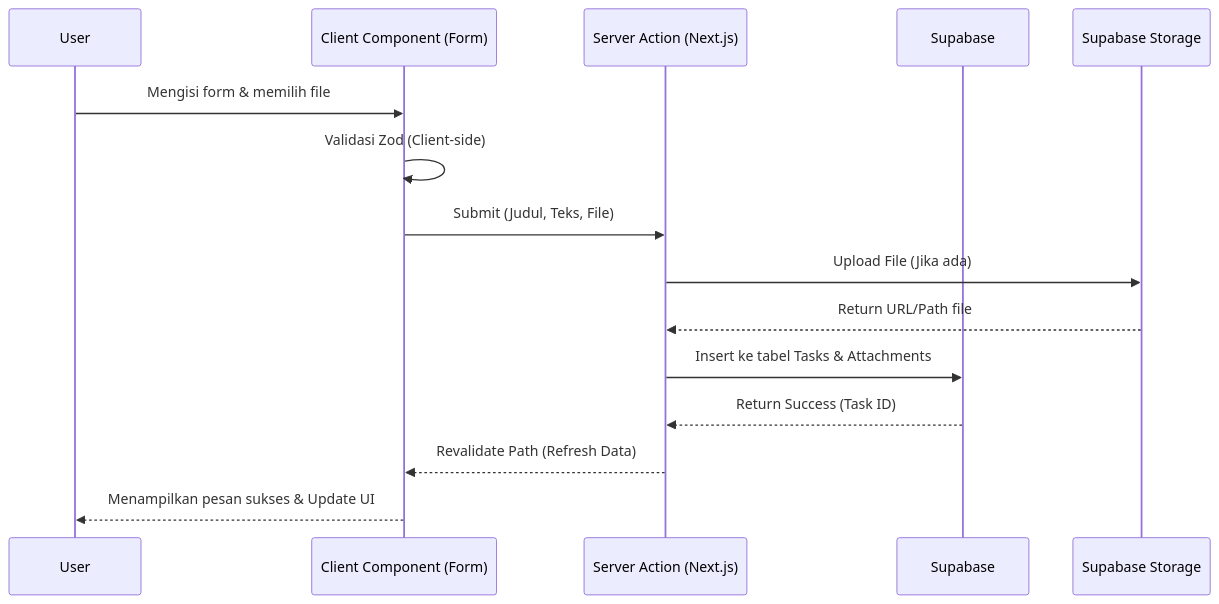
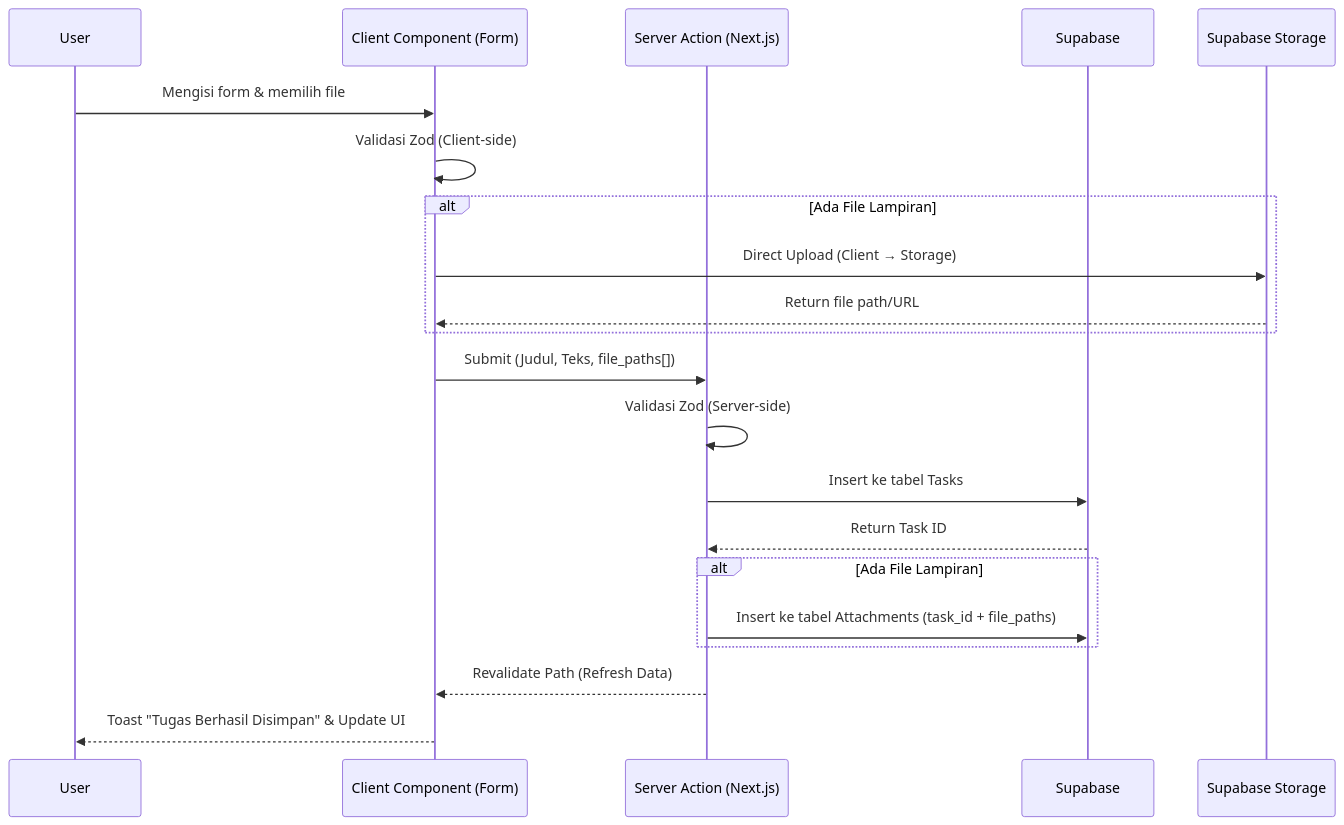
The third of 5 diagrams in Project_Documentation/Architecture.md (Iqbalpurnama-ux/Sistem-Manajemen-Tugas), drawn with Mermaid before and after one commit. The commit also changed other lines of this file and 43 other files, not shown here.

````diff
--- a/Project_Documentation/Architecture.md
+++ b/Project_Documentation/Architecture.md
@@ -38,18 +127,28 @@
 ```mermaid
 sequenceDiagram
     participant U as User
     participant CC as Client Component (Form)
     participant SA as Server Action (Next.js)
     participant SB as Supabase
     participant Storage as Supabase Storage
 
     U->>CC: Mengisi form & memilih file
     CC->>CC: Validasi Zod (Client-side)
-    CC->>SA: Submit (Judul, Teks, File)
-    SA->>Storage: Upload File (Jika ada)
-    Storage-->>SA: Return URL/Path file
-    SA->>SB: Insert ke tabel Tasks & Attachments
-    SB-->>SA: Return Success (Task ID)
+    
+    alt Ada File Lampiran
+        CC->>Storage: Direct Upload (Client → Storage)
+        Storage-->>CC: Return file path/URL
+    end
+    
+    CC->>SA: Submit (Judul, Teks, file_paths[])
+    SA->>SA: Validasi Zod (Server-side)
+    SA->>SB: Insert ke tabel Tasks
+    SB-->>SA: Return Task ID
+    
+    alt Ada File Lampiran
+        SA->>SB: Insert ke tabel Attachments (task_id + file_paths)
+    end
+    
     SA-->>CC: Revalidate Path (Refresh Data)
-    CC-->>U: Menampilkan pesan sukses & Update UI
+    CC-->>U: Toast "Tugas Berhasil Disimpan" & Update UI
 ```
````
